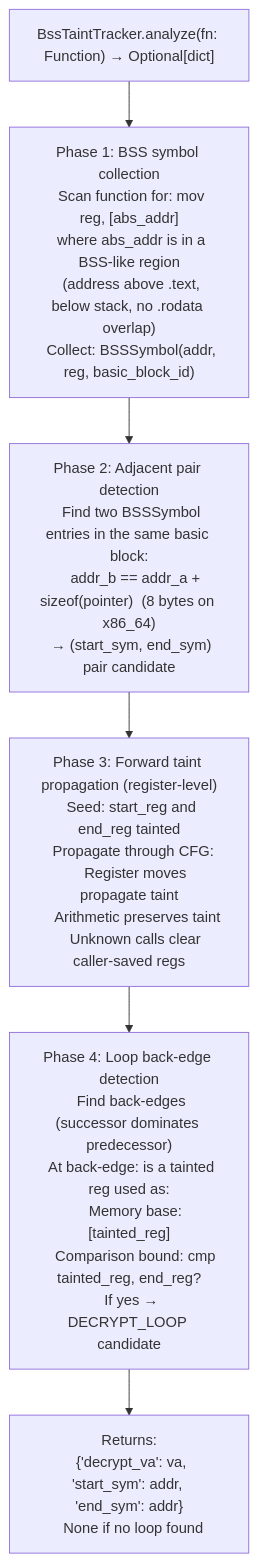
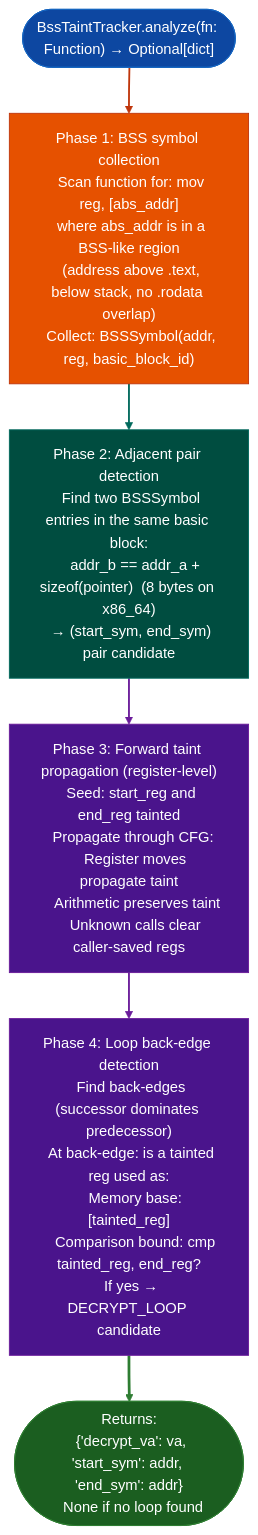
The diagram in docs/reference-modules/global-symbol-and-bss-tracking.md (Ablation-Tool/ablation), drawn with Mermaid before and after one commit. The commit also changed 320 other files, not shown here.

First line of the commit message:
docs: apply canonical Mermaid template to all 321 diagrams

````diff
--- a/docs/reference-modules/global-symbol-and-bss-tracking.md
+++ b/docs/reference-modules/global-symbol-and-bss-tracking.md
@@ -19,8 +19,19 @@
 ```mermaid
 flowchart TD
-    A["BssTaintTracker.analyze(fn: Function) → Optional[dict]"] --> B["Phase 1: BSS symbol collection\n  Scan function for: mov reg, [abs_addr]\n  where abs_addr is in a BSS-like region\n  (address above .text, below stack, no .rodata overlap)\n  Collect: BSSSymbol(addr, reg, basic_block_id)"]
-    B --> C["Phase 2: Adjacent pair detection\n  Find two BSSSymbol entries in the same basic block:\n    addr_b == addr_a + sizeof(pointer)  (8 bytes on x86_64)\n  → (start_sym, end_sym) pair candidate"]
-    C --> D["Phase 3: Forward taint propagation (register-level)\n  Seed: start_reg and end_reg tainted\n  Propagate through CFG:\n    Register moves propagate taint\n    Arithmetic preserves taint\n    Unknown calls clear caller-saved regs"]
-    D --> E["Phase 4: Loop back-edge detection\n  Find back-edges (successor dominates predecessor)\n  At back-edge: is a tainted reg used as:\n    Memory base: [tainted_reg]\n    Comparison bound: cmp tainted_reg, end_reg?\n  If yes → DECRYPT_LOOP candidate"]
-    E --> F["Returns:\n  {'decrypt_va': va, 'start_sym': addr, 'end_sym': addr}\n  None if no loop found"]
+    A(["BssTaintTracker.analyze(fn: Function) → Optional[dict]"]):::input --> B["Phase 1: BSS symbol collection\n  Scan function for: mov reg, [abs_addr]\n  where abs_addr is in a BSS-like region\n  (address above .text, below stack, no .rodata overlap)\n  Collect: BSSSymbol(addr, reg, basic_block_id)"]:::primary
+    B:::primary --> C["Phase 2: Adjacent pair detection\n  Find two BSSSymbol entries in the same basic block:\n    addr_b == addr_a + sizeof(pointer)  (8 bytes on x86_64)\n  → (start_sym, end_sym) pair candidate"]:::secondary
+    C:::secondary --> D["Phase 3: Forward taint propagation (register-level)\n  Seed: start_reg and end_reg tainted\n  Propagate through CFG:\n    Register moves propagate taint\n    Arithmetic preserves taint\n    Unknown calls clear caller-saved regs"]:::tertiary
+    D:::tertiary --> E["Phase 4: Loop back-edge detection\n  Find back-edges (successor dominates predecessor)\n  At back-edge: is a tainted reg used as:\n    Memory base: [tainted_reg]\n    Comparison bound: cmp tainted_reg, end_reg?\n  If yes → DECRYPT_LOOP candidate"]:::tertiary
+    E:::tertiary --> F(["Returns:\n  {'decrypt_va': va, 'start_sym': addr, 'end_sym': addr}\n  None if no loop found"]):::output
+    classDef input     fill:#0d47a1,stroke:#1565c0,color:#fff
+    classDef primary   fill:#e65100,stroke:#bf360c,color:#fff
+    classDef secondary fill:#004d40,stroke:#00695c,color:#fff
+    classDef tertiary  fill:#4a148c,stroke:#6a1b9a,color:#fff
+    classDef neutral   fill:#37474f,stroke:#546e7a,color:#fff
+    classDef output    fill:#1b5e20,stroke:#2e7d32,color:#fff
+    linkStyle 0 stroke:#bf360c,stroke-width:2px
+    linkStyle 1 stroke:#00695c,stroke-width:2px
+    linkStyle 2 stroke:#6a1b9a,stroke-width:2px
+    linkStyle 3 stroke:#6a1b9a,stroke-width:2px
+    linkStyle 4 stroke:#2e7d32,stroke-width:3px
 ```
````
